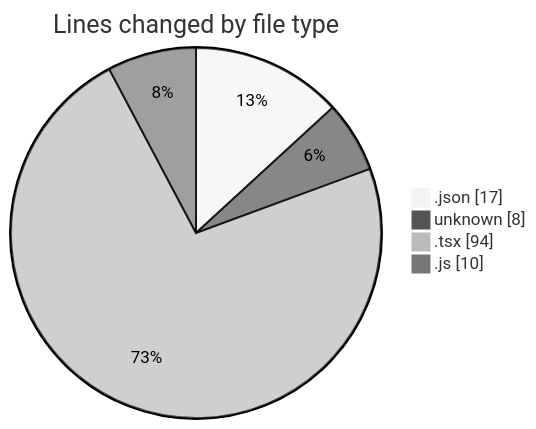
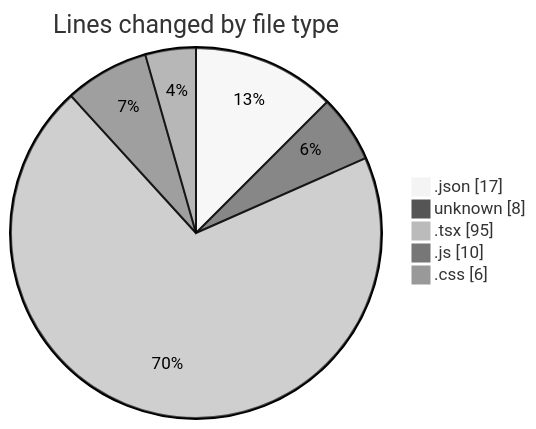
The first of 2 diagrams in 2025-05-02/niten/README.md (Elitesun/code-tracking), drawn with Mermaid (neutral theme) before and after one commit. The commit also changed other lines of this file and 1 other file, not shown here.

````diff
--- a/2025-05-02/niten/README.md
+++ b/2025-05-02/niten/README.md
@@ -25,8 +26,9 @@
 ```mermaid
 pie showData
 title Lines changed by file type
 ".json" : 17
 "unknown" : 8
-".tsx" : 94
+".tsx" : 95
 ".js" : 10
+".css" : 6
 ```
````
